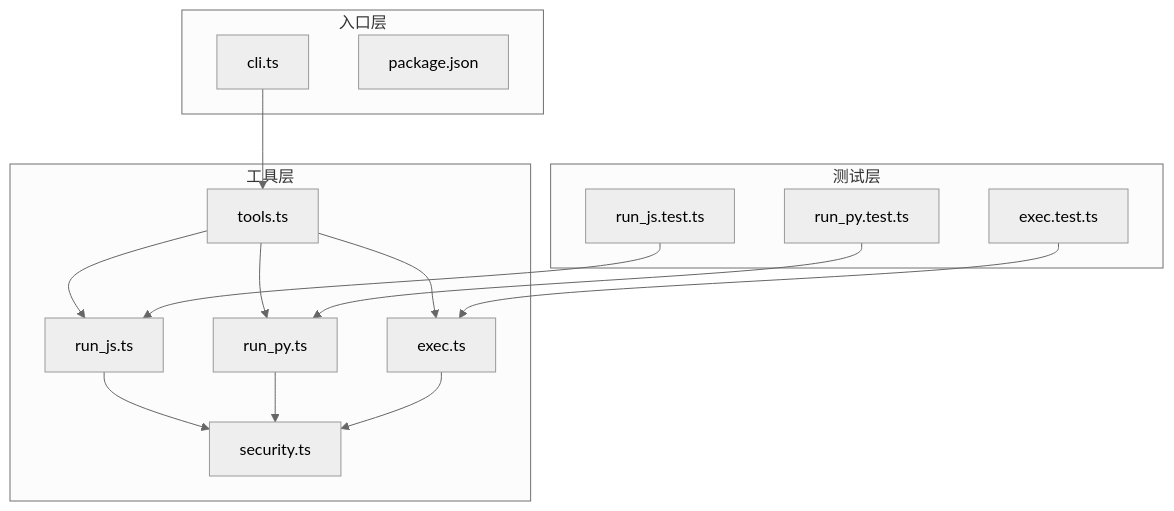
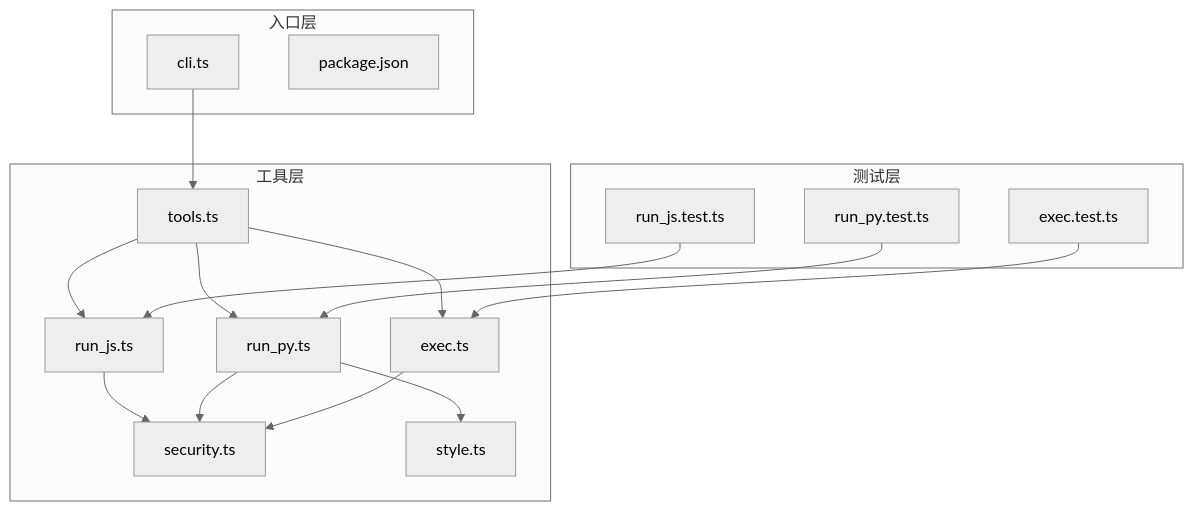
The first of 6 diagrams in .qoder/repowiki/zh/content/工具系统/代码执行工具.md (HAOFUYANG/onion-code), drawn with Mermaid (neutral theme) before and after one commit. The commit also changed other lines of this file and 12 other files, not shown here.

````diff
--- a/.qoder/repowiki/zh/content/工具系统/代码执行工具.md
+++ b/.qoder/repowiki/zh/content/工具系统/代码执行工具.md
@@ -49,29 +51,31 @@
 ```mermaid
 graph TB
 subgraph "工具层"
 RUNJS["run_js.ts"]
 RUNPY["run_py.ts"]
 EXEC["exec.ts"]
 SEC["security.ts"]
 TOOLS["tools.ts"]
+STYLE["style.ts"]
 end
 subgraph "测试层"
 T_JS["run_js.test.ts"]
 T_PY["run_py.test.ts"]
 T_EXEC["exec.test.ts"]
 end
 subgraph "入口层"
 CLI["cli.ts"]
 PKG["package.json"]
 end
 RUNJS --> SEC
 RUNPY --> SEC
+RUNPY --> STYLE
 EXEC --> SEC
 TOOLS --> RUNJS
 TOOLS --> RUNPY
 TOOLS --> EXEC
 CLI --> TOOLS
 T_JS --> RUNJS
 T_PY --> RUNPY
 T_EXEC --> EXEC
 ```
````
